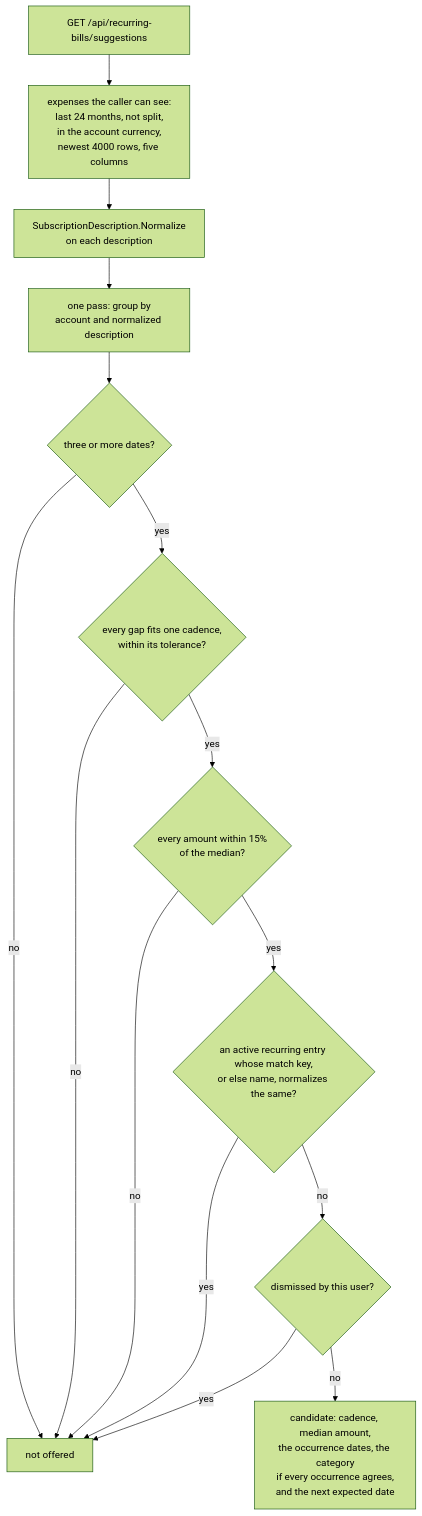
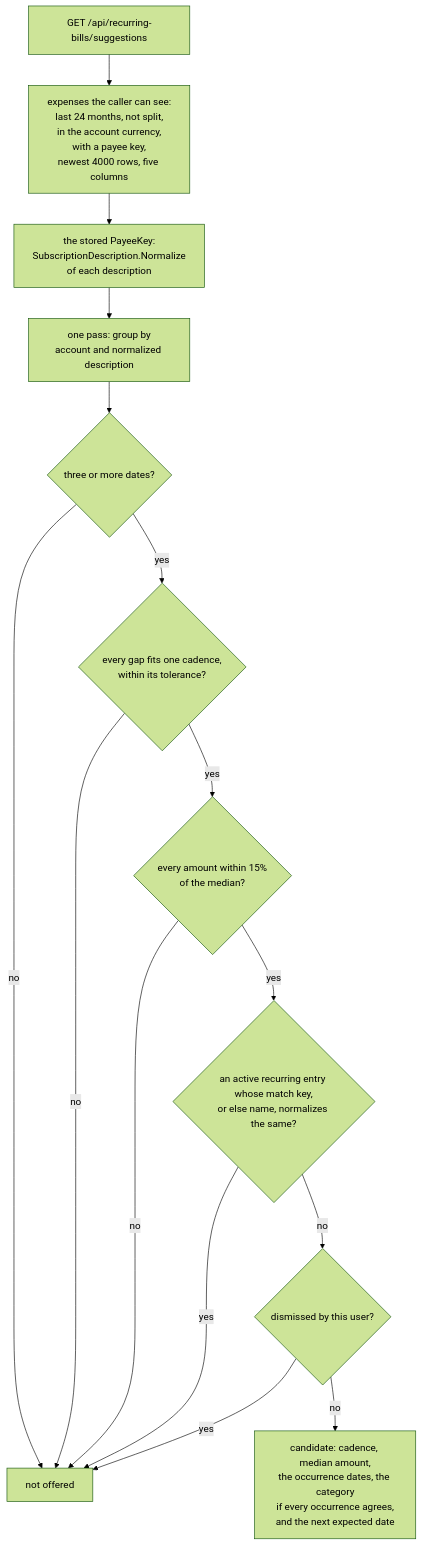
Before and after one commit to Justxs/Jx-Finance: the fourth of 5 diagrams in docs/features/recurring-bills.md, drawn with Mermaid (forest theme). The commit also changed other lines of this file and 12 other files, not shown here.

First line of the commit message:
refactor(backend): read the stored payee key in unusual amounts, detection and price rises

````diff
--- a/docs/features/recurring-bills.md
+++ b/docs/features/recurring-bills.md
@@ -157,17 +157,17 @@
 ```mermaid
 flowchart TD
-    Get["GET /api/recurring-bills/suggestions"] --> Read["expenses the caller can see:<br/>last 24 months, not split,<br/>in the account currency,<br/>newest 4000 rows, five columns"]
-    Read --> Norm["SubscriptionDescription.Normalize<br/>on each description"]
+    Get["GET /api/recurring-bills/suggestions"] --> Read["expenses the caller can see:<br/>last 24 months, not split,<br/>in the account currency,<br/>with a payee key,<br/>newest 4000 rows, five columns"]
+    Read --> Norm["the stored PayeeKey:<br/>SubscriptionDescription.Normalize<br/>of each description"]
     Norm --> Group["one pass: group by<br/>account and normalized description"]
     Group --> Count{"three or more dates?"}
     Count -->|"no"| Drop["not offered"]
     Count -->|"yes"| Cad{"every gap fits one cadence,<br/>within its tolerance?"}
     Cad -->|"no"| Drop
     Cad -->|"yes"| Amt{"every amount within 15%<br/>of the median?"}
     Amt -->|"no"| Drop
     Amt -->|"yes"| Cover{"an active recurring entry whose match key,<br/>or else name, normalizes the same?"}
     Cover -->|"yes"| Drop
     Cover -->|"no"| Dism{"dismissed by this user?"}
     Dism -->|"yes"| Drop
     Dism -->|"no"| Cand["candidate: cadence, median amount,<br/>the occurrence dates, the category<br/>if every occurrence agrees,<br/>and the next expected date"]
 ```
````
